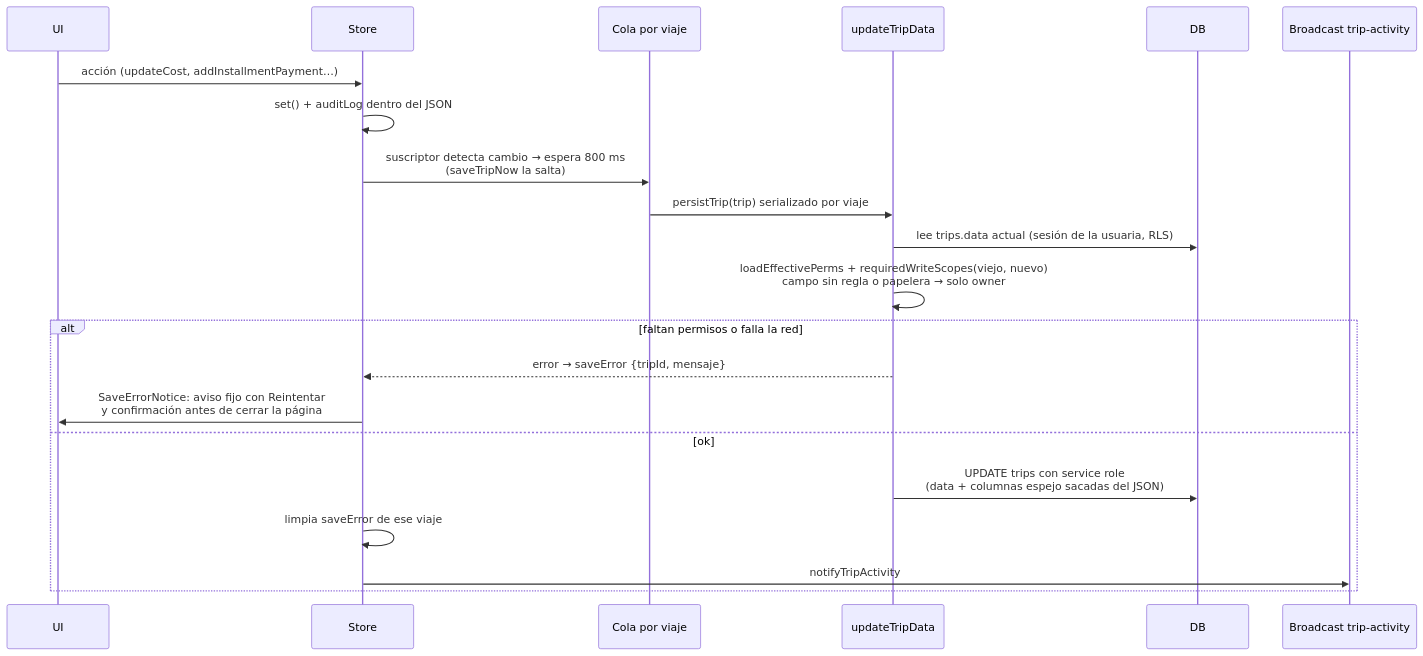
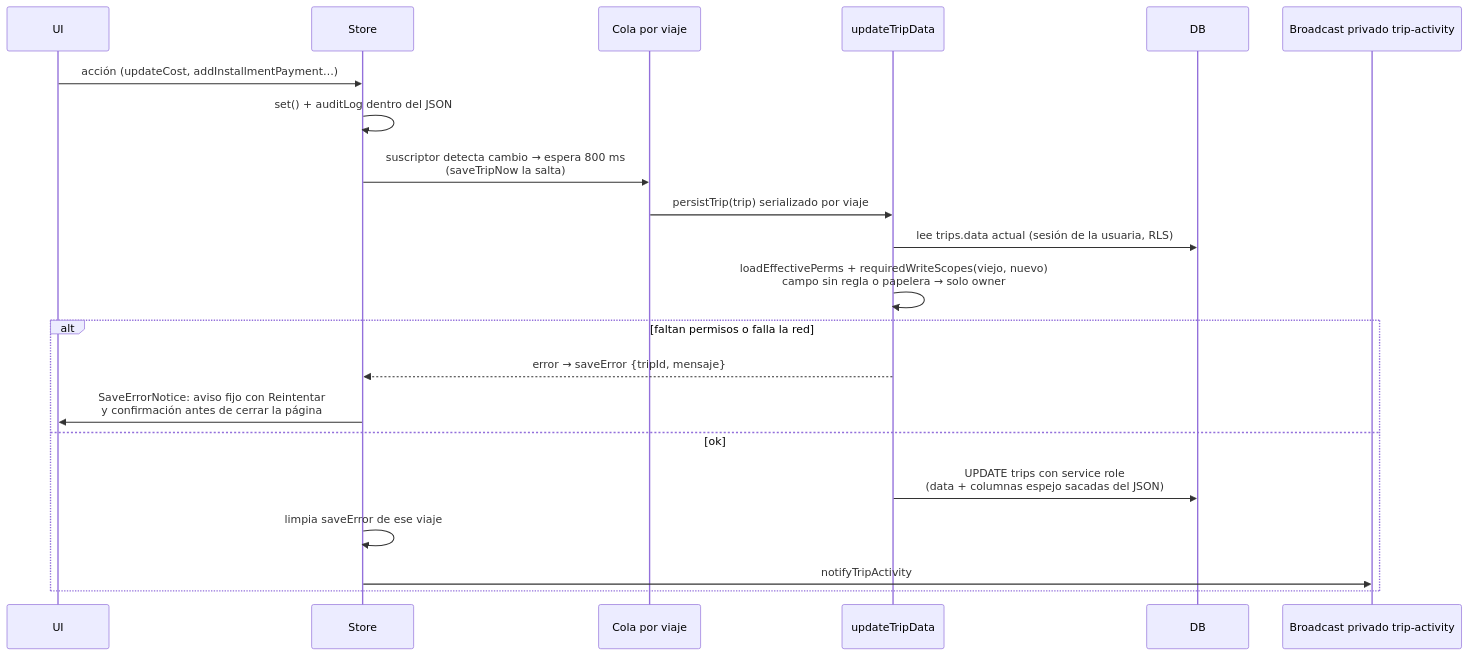
Before and after one commit to gaby26203/planeii: the fifth of 20 diagrams in docs/flujos.md, drawn with Mermaid. The commit also changed other lines of this file and 7 other files, not shown here.

````diff
--- a/docs/flujos.md
+++ b/docs/flujos.md
@@ -158,23 +163,23 @@
 ```mermaid
 sequenceDiagram
   participant UI
   participant S as Store
   participant Q as Cola por viaje
   participant SF as updateTripData
   participant DB
-  participant RT as Broadcast trip-activity
+  participant RT as Broadcast privado trip-activity
   UI->>S: acción (updateCost, addInstallmentPayment…)
   S->>S: set() + auditLog dentro del JSON
   S->>Q: suscriptor detecta cambio → espera 800 ms<br/>(saveTripNow la salta)
   Q->>SF: persistTrip(trip) serializado por viaje
   SF->>DB: lee trips.data actual (sesión de la usuaria, RLS)
   SF->>SF: loadEffectivePerms + requiredWriteScopes(viejo, nuevo)<br/>campo sin regla o papelera → solo owner
   alt faltan permisos o falla la red
     SF-->>S: error → saveError {tripId, mensaje}
     S->>UI: SaveErrorNotice: aviso fijo con Reintentar<br/>y confirmación antes de cerrar la página
   else ok
     SF->>DB: UPDATE trips con service role<br/>(data + columnas espejo sacadas del JSON)
     S->>S: limpia saveError de ese viaje
     S->>RT: notifyTripActivity
   end
 ```
````
